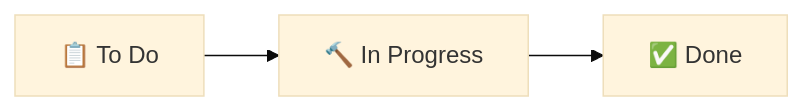
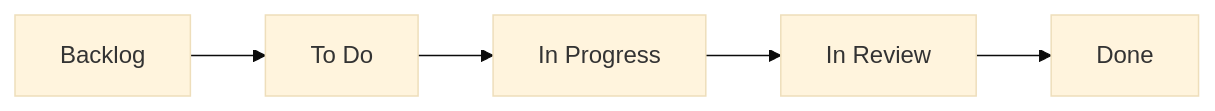
The diagram in docs/development/task-management.md (hthr240/tzamot), drawn with Mermaid (base theme) before and after one commit. The commit also changed other lines of this file and 11 other files, not shown here.

First line of the commit message:
Align project workflow and zero-cost infrastructure roadmap

````diff
--- a/docs/development/task-management.md
+++ b/docs/development/task-management.md
@@ -7,4 +28,4 @@
 ```mermaid
 flowchart LR
-    T["📋 To Do"] --> P["🔨 In Progress"] --> D["✅ Done"]
+    B[Backlog] --> T[To Do] --> P[In Progress] --> R[In Review] --> D[Done]
 ```
````
